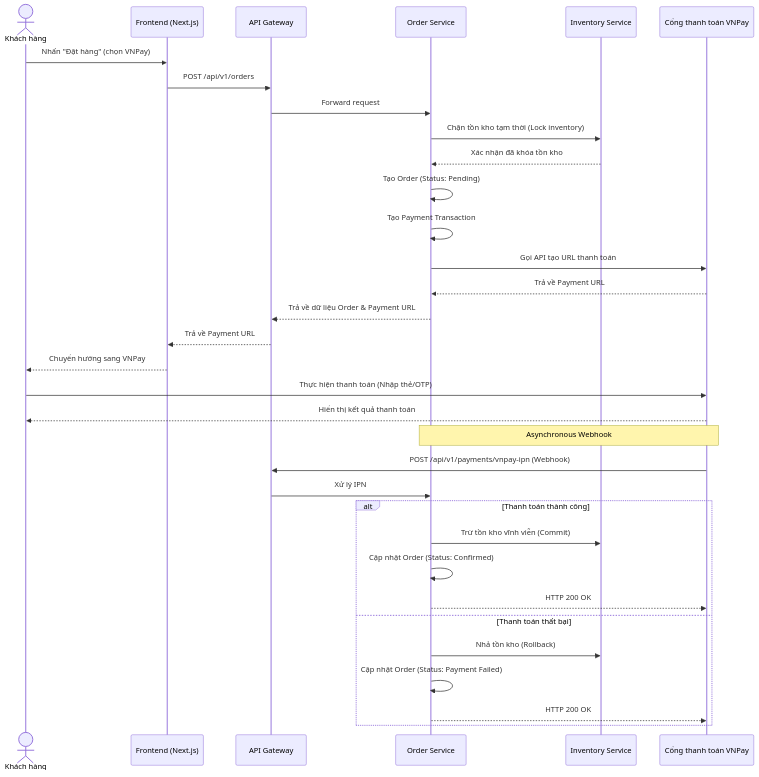
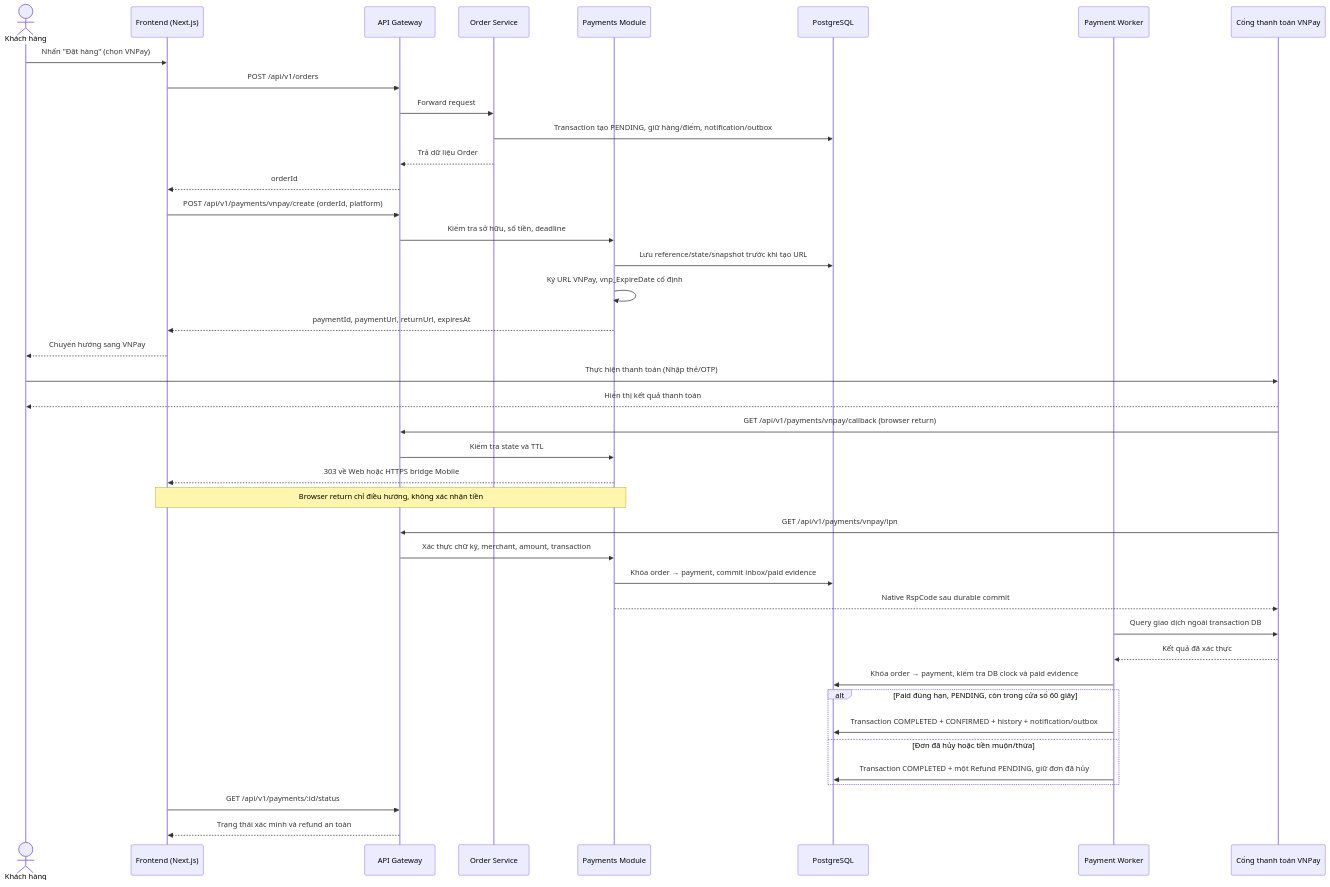
Diagram 15 of 19 in docs/1-requirement/02_use_case_va_tuong_tac.md (Viettrung1404/DUT.CosmeticsRetailSystem), drawn with Mermaid before and after one commit. The commit also changed other lines of this file and 22 other files, not shown here.

````diff
--- a/docs/1-requirement/02_use_case_va_tuong_tac.md
+++ b/docs/1-requirement/02_use_case_va_tuong_tac.md
@@ -632,42 +632,48 @@
 ```mermaid
 sequenceDiagram
     actor Customer as Khách hàng
     participant Client as Frontend (Next.js)
     participant Gateway as API Gateway
     participant OrderSvc as Order Service
-    participant Inventory as Inventory Service
+    participant PaymentSvc as Payments Module
+    participant DB as PostgreSQL
+    participant Worker as Payment Worker
     participant VNPay as Cổng thanh toán VNPay
 
     Customer->>Client: Nhấn "Đặt hàng" (chọn VNPay)
     Client->>Gateway: POST /api/v1/orders
     Gateway->>OrderSvc: Forward request
     
-    OrderSvc->>Inventory: Chặn tồn kho tạm thời (Lock inventory)
-    Inventory-->>OrderSvc: Xác nhận đã khóa tồn kho
-    
-    OrderSvc->>OrderSvc: Tạo Order (Status: Pending)
-    OrderSvc->>OrderSvc: Tạo Payment Transaction
-    OrderSvc->>VNPay: Gọi API tạo URL thanh toán
-    VNPay-->>OrderSvc: Trả về Payment URL
-    
-    OrderSvc-->>Gateway: Trả về dữ liệu Order & Payment URL
-    Gateway-->>Client: Trả về Payment URL
+    OrderSvc->>DB: Transaction tạo PENDING, giữ hàng/điểm, notification/outbox
+    OrderSvc-->>Gateway: Trả dữ liệu Order
+    Gateway-->>Client: orderId
+    Client->>Gateway: POST /api/v1/payments/vnpay/create (orderId, platform)
+    Gateway->>PaymentSvc: Kiểm tra sở hữu, số tiền, deadline
+    PaymentSvc->>DB: Lưu reference/state/snapshot trước khi tạo URL
+    PaymentSvc->>PaymentSvc: Ký URL VNPay, vnp_ExpireDate cố định
+    PaymentSvc-->>Client: paymentId, paymentUrl, returnUrl, expiresAt
     Client-->>Customer: Chuyển hướng sang VNPay
     
     Customer->>VNPay: Thực hiện thanh toán (Nhập thẻ/OTP)
     VNPay-->>Customer: Hiển thị kết quả thanh toán
     
-    Note over VNPay, OrderSvc: Asynchronous Webhook
-    VNPay->>Gateway: POST /api/v1/payments/vnpay-ipn (Webhook)
-    Gateway->>OrderSvc: Xử lý IPN
-    
-    alt Thanh toán thành công
-        OrderSvc->>Inventory: Trừ tồn kho vĩnh viễn (Commit)
-        OrderSvc->>OrderSvc: Cập nhật Order (Status: Confirmed)
-        OrderSvc-->>VNPay: HTTP 200 OK
-    else Thanh toán thất bại
-        OrderSvc->>Inventory: Nhả tồn kho (Rollback)
-        OrderSvc->>OrderSvc: Cập nhật Order (Status: Payment Failed)
-        OrderSvc-->>VNPay: HTTP 200 OK
+    VNPay->>Gateway: GET /api/v1/payments/vnpay/callback (browser return)
+    Gateway->>PaymentSvc: Kiểm tra state và TTL
+    PaymentSvc-->>Client: 303 về Web hoặc HTTPS bridge Mobile
+    Note over Client,PaymentSvc: Browser return chỉ điều hướng, không xác nhận tiền
+
+    VNPay->>Gateway: GET /api/v1/payments/vnpay/ipn
+    Gateway->>PaymentSvc: Xác thực chữ ký, merchant, amount, transaction
+    PaymentSvc->>DB: Khóa order → payment, commit inbox/paid evidence
+    PaymentSvc-->>VNPay: Native RspCode sau durable commit
+    Worker->>VNPay: Query giao dịch ngoài transaction DB
+    VNPay-->>Worker: Kết quả đã xác thực
+    Worker->>DB: Khóa order → payment, kiểm tra DB clock và paid evidence
+    alt Paid đúng hạn, PENDING, còn trong cửa sổ 60 giây
+        Worker->>DB: Transaction COMPLETED + CONFIRMED + history + notification/outbox
+    else Đơn đã hủy hoặc tiền muộn/thừa
+        Worker->>DB: Transaction COMPLETED + một Refund PENDING, giữ đơn đã hủy
     end
+    Client->>Gateway: GET /api/v1/payments/:id/status
+    Gateway-->>Client: Trạng thái xác minh và refund an toàn
 ```
````
